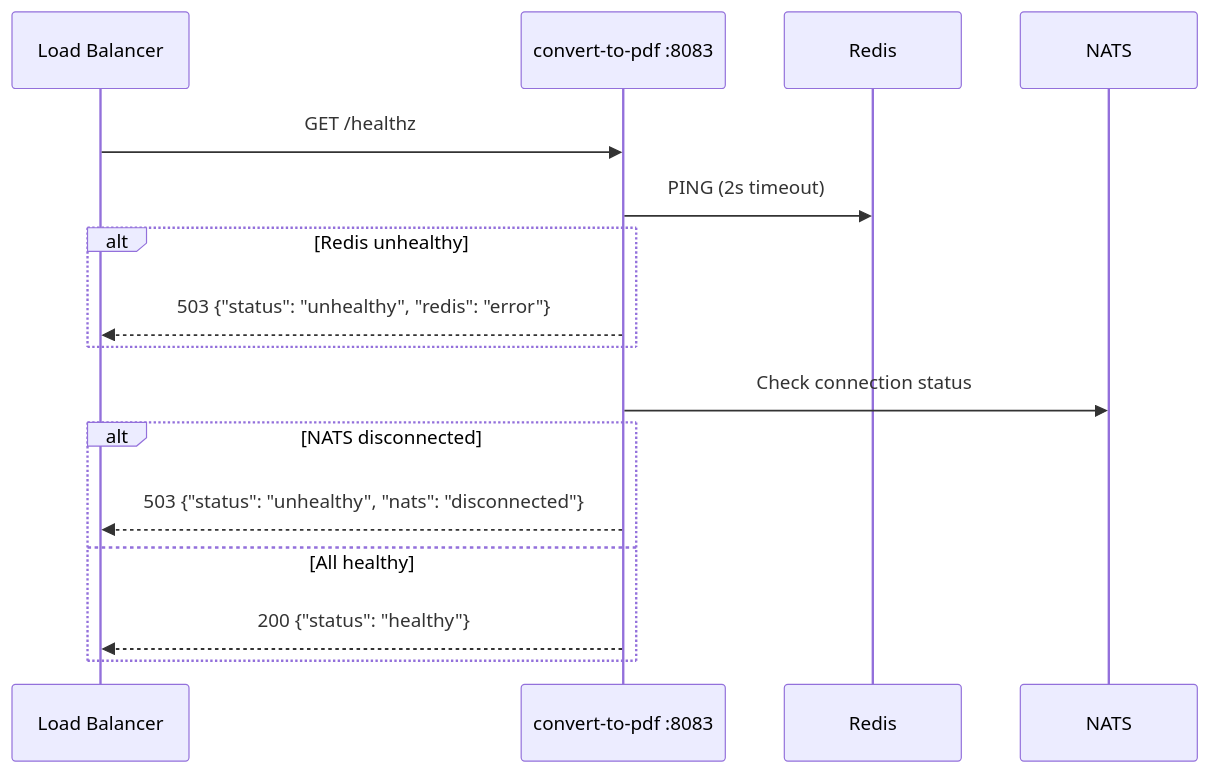
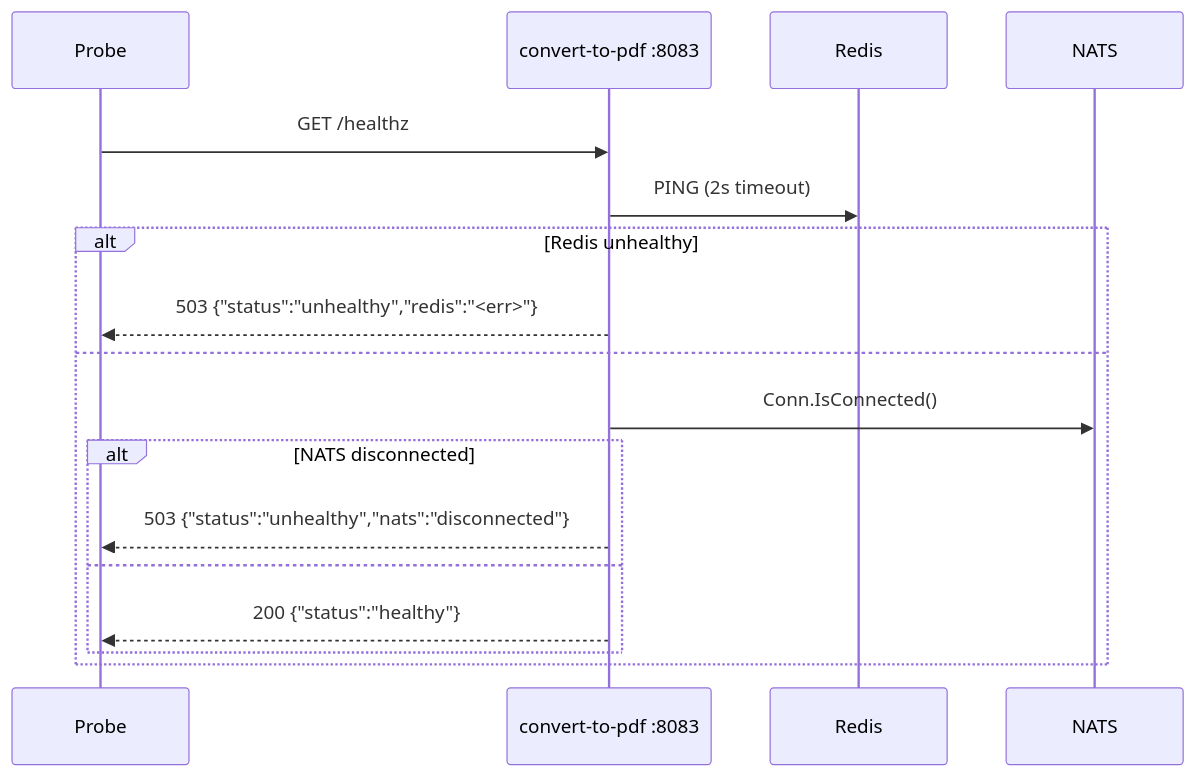
Before and after one commit to Prachidubey2003/fyredocs_backend: the second of 2 diagrams in docs/developer/services/CONVERT_TO_PDF.md, drawn with Mermaid. The commit also changed other lines of this file and 39 other files, not shown here.

````diff
--- a/docs/developer/services/CONVERT_TO_PDF.md
+++ b/docs/developer/services/CONVERT_TO_PDF.md
@@ -698,19 +203,20 @@
 ```mermaid
 sequenceDiagram
-    participant LB as Load Balancer
+    participant LB as Probe
     participant W as convert-to-pdf :8083
     participant R as Redis
     participant N as NATS
 
     LB->>W: GET /healthz
     W->>R: PING (2s timeout)
     alt Redis unhealthy
-        W-->>LB: 503 {"status": "unhealthy", "redis": "error"}
-    end
-    W->>N: Check connection status
-    alt NATS disconnected
-        W-->>LB: 503 {"status": "unhealthy", "nats": "disconnected"}
-    else All healthy
-        W-->>LB: 200 {"status": "healthy"}
+        W-->>LB: 503 {"status":"unhealthy","redis":"<err>"}
+    else
+        W->>N: Conn.IsConnected()
+        alt NATS disconnected
+            W-->>LB: 503 {"status":"unhealthy","nats":"disconnected"}
+        else
+            W-->>LB: 200 {"status":"healthy"}
+        end
     end
 ```
````
